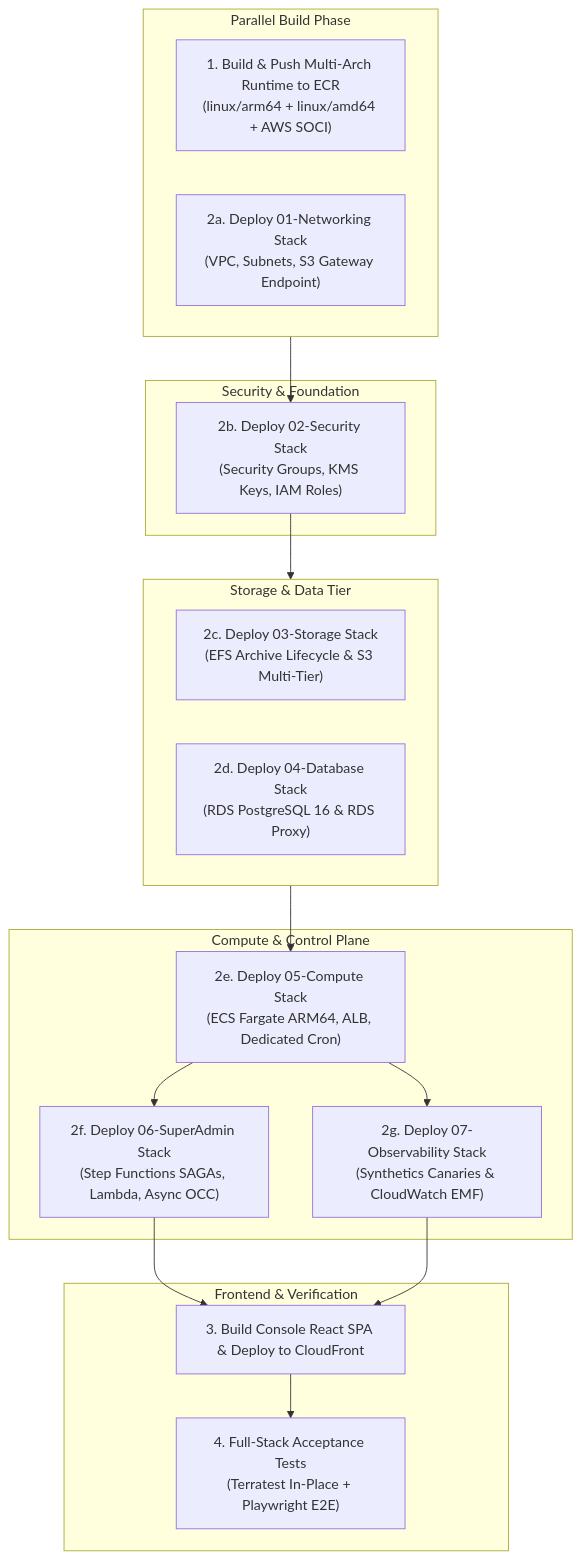
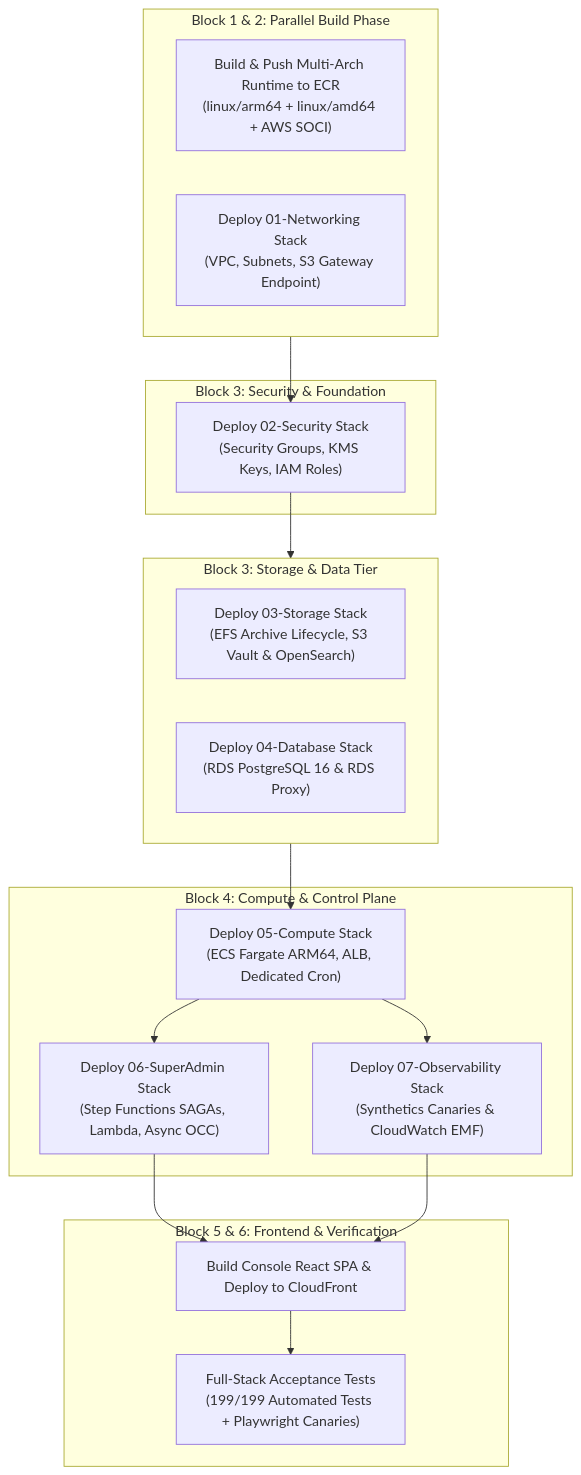
One commit to FilestoreCloud/docs changed the first of 2 diagrams in docs/deployment/github-actions.mdx. Above: the diagram before and after it, drawn with Mermaid. The commit also changed other lines of this file and 165 other files, not shown here.

First line of the commit message:
docs: synchronize platform documentation, latest architecture diagrams, and defense QA

````diff
--- a/docs/deployment/github-actions.mdx
+++ b/docs/deployment/github-actions.mdx
@@ -16,34 +18,34 @@
 ```mermaid
 flowchart TD
-    subgraph ParallelPhase["Parallel Build Phase"]
-        R["1. Build & Push Multi-Arch Runtime to ECR<br/>(linux/arm64 + linux/amd64 + AWS SOCI)"]
-        N["2a. Deploy 01-Networking Stack<br/>(VPC, Subnets, S3 Gateway Endpoint)"]
+    subgraph ParallelPhase["Block 1 & 2: Parallel Build Phase"]
+        R["Build & Push Multi-Arch Runtime to ECR<br/>(linux/arm64 + linux/amd64 + AWS SOCI)"]
+        N["Deploy 01-Networking Stack<br/>(VPC, Subnets, S3 Gateway Endpoint)"]
     end
 
-    subgraph SecurityPhase["Security & Foundation"]
-        S["2b. Deploy 02-Security Stack<br/>(Security Groups, KMS Keys, IAM Roles)"]
+    subgraph SecurityPhase["Block 3: Security & Foundation"]
+        S["Deploy 02-Security Stack<br/>(Security Groups, KMS Keys, IAM Roles)"]
     end
 
-    subgraph StorageDataPhase["Storage & Data Tier"]
-        ST["2c. Deploy 03-Storage Stack<br/>(EFS Archive Lifecycle & S3 Multi-Tier)"]
-        DB["2d. Deploy 04-Database Stack<br/>(RDS PostgreSQL 16 & RDS Proxy)"]
+    subgraph StorageDataPhase["Block 3: Storage & Data Tier"]
+        ST["Deploy 03-Storage Stack<br/>(EFS Archive Lifecycle, S3 Vault & OpenSearch)"]
+        DB["Deploy 04-Database Stack<br/>(RDS PostgreSQL 16 & RDS Proxy)"]
     end
 
-    subgraph ComputePhase["Compute & Control Plane"]
-        C["2e. Deploy 05-Compute Stack<br/>(ECS Fargate ARM64, ALB, Dedicated Cron)"]
-        SA["2f. Deploy 06-SuperAdmin Stack<br/>(Step Functions SAGAs, Lambda, Async OCC)"]
-        OB["2g. Deploy 07-Observability Stack<br/>(Synthetics Canaries & CloudWatch EMF)"]
+    subgraph ComputePhase["Block 4: Compute & Control Plane"]
+        C["Deploy 05-Compute Stack<br/>(ECS Fargate ARM64, ALB, Dedicated Cron)"]
+        SA["Deploy 06-SuperAdmin Stack<br/>(Step Functions SAGAs, Lambda, Async OCC)"]
+        OB["Deploy 07-Observability Stack<br/>(Synthetics Canaries & CloudWatch EMF)"]
     end
 
-    subgraph FrontEndAndVerify["Frontend & Verification"]
-        CP["3. Build Console React SPA & Deploy to CloudFront"]
-        AC["4. Full-Stack Acceptance Tests<br/>(Terratest In-Place + Playwright E2E)"]
+    subgraph FrontEndAndVerify["Block 5 & 6: Frontend & Verification"]
+        CP["Build Console React SPA & Deploy to CloudFront"]
+        AC["Full-Stack Acceptance Tests<br/>(199/199 Automated Tests + Playwright Canaries)"]
     end
 
     ParallelPhase --> S
     S --> StorageDataPhase
     StorageDataPhase --> C
     C --> SA & OB
     SA & OB --> CP
     CP --> AC
 ```
````
